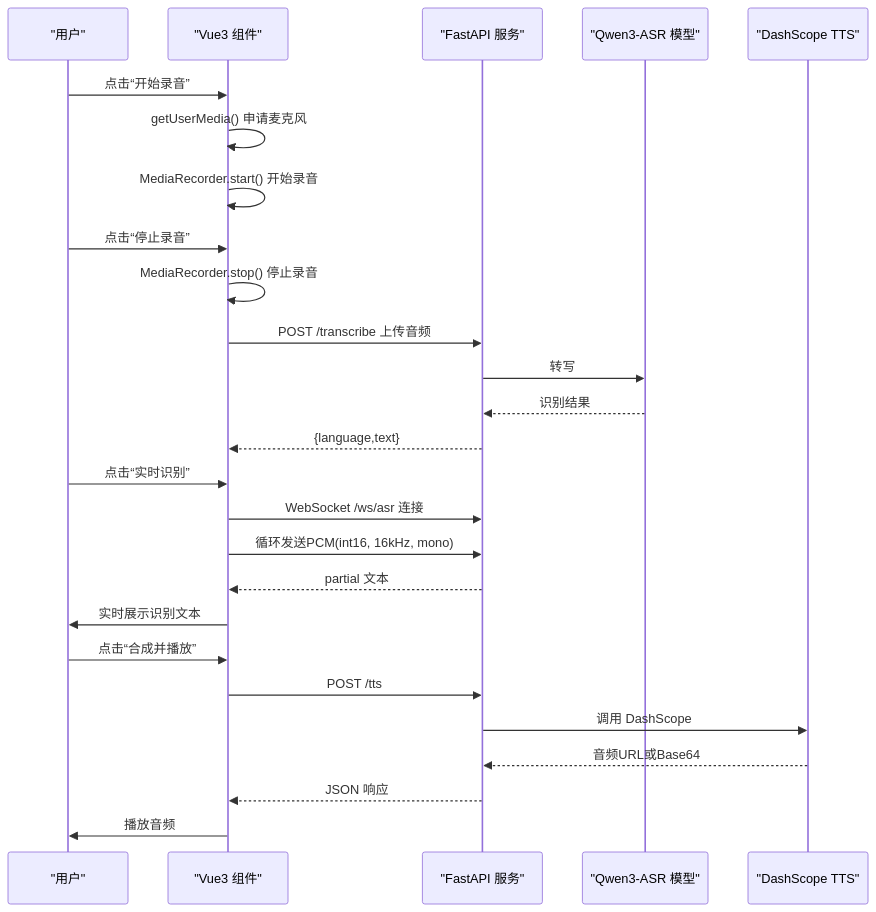
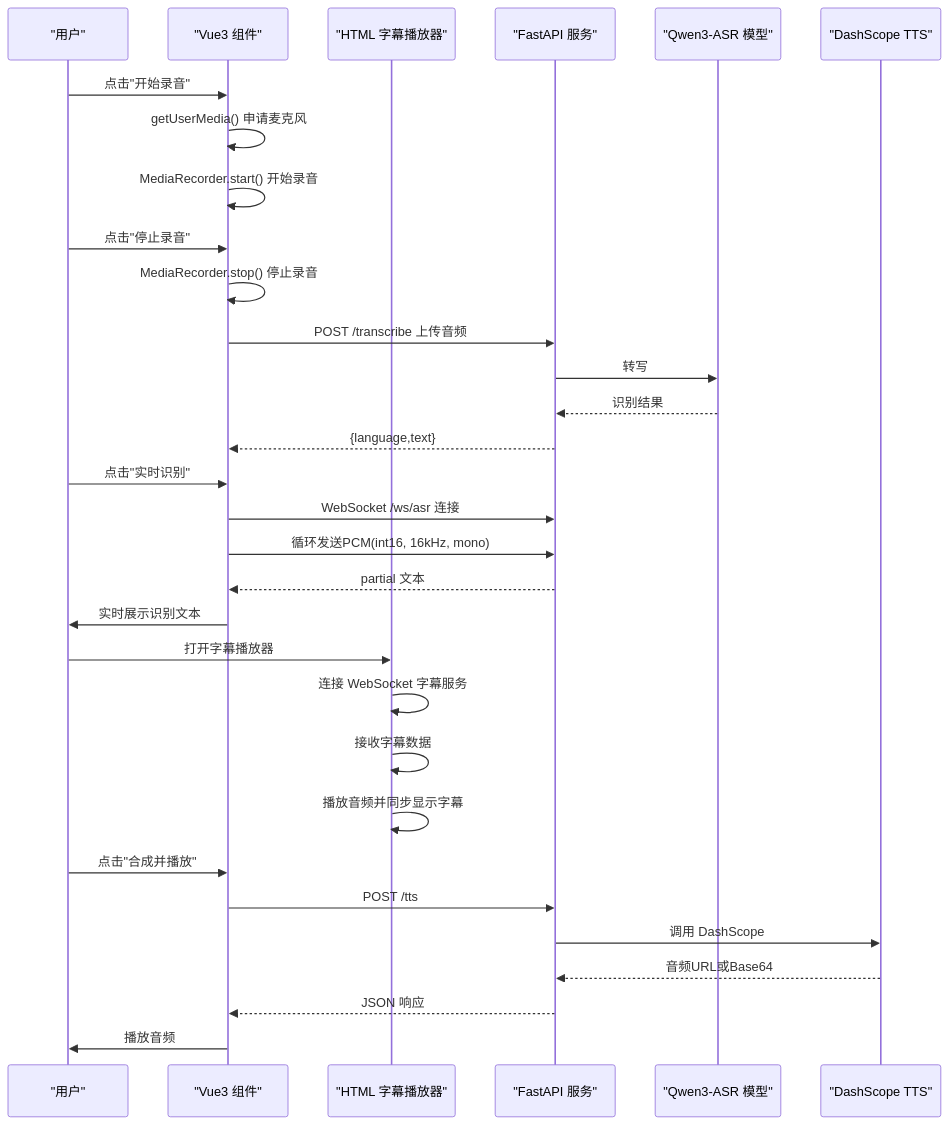
One commit to 1024dashen/Vue3Speech changed the second of 7 diagrams in .qoder/repowiki/zh/content/前端组件集成/前端组件集成.md. Above: the diagram before and after it, drawn with Mermaid. The commit also changed other lines of this file and 7 other files, not shown here.

````diff
--- a/.qoder/repowiki/zh/content/前端组件集成/前端组件集成.md
+++ b/.qoder/repowiki/zh/content/前端组件集成/前端组件集成.md
@@ -84,28 +102,33 @@
 ```mermaid
 sequenceDiagram
 participant U as "用户"
 participant C as "Vue3 组件"
+participant P as "HTML 字幕播放器"
 participant S as "FastAPI 服务"
 participant ASR as "Qwen3-ASR 模型"
 participant TTS as "DashScope TTS"
-U->>C : 点击“开始录音”
+U->>C : 点击"开始录音"
 C->>C : getUserMedia() 申请麦克风
 C->>C : MediaRecorder.start() 开始录音
-U->>C : 点击“停止录音”
+U->>C : 点击"停止录音"
 C->>C : MediaRecorder.stop() 停止录音
 C->>S : POST /transcribe 上传音频
 S->>ASR : 转写
 ASR-->>S : 识别结果
 S-->>C : {language,text}
-U->>C : 点击“实时识别”
+U->>C : 点击"实时识别"
 C->>S : WebSocket /ws/asr 连接
 C->>S : 循环发送PCM(int16, 16kHz, mono)
 S-->>C : partial 文本
 C->>U : 实时展示识别文本
-U->>C : 点击“合成并播放”
+U->>P : 打开字幕播放器
+P->>P : 连接 WebSocket 字幕服务
+P->>P : 接收字幕数据
+P->>P : 播放音频并同步显示字幕
+U->>C : 点击"合成并播放"
 C->>S : POST /tts
 S->>TTS : 调用 DashScope
 TTS-->>S : 音频URL或Base64
 S-->>C : JSON 响应
 C->>U : 播放音频
 ```
````
